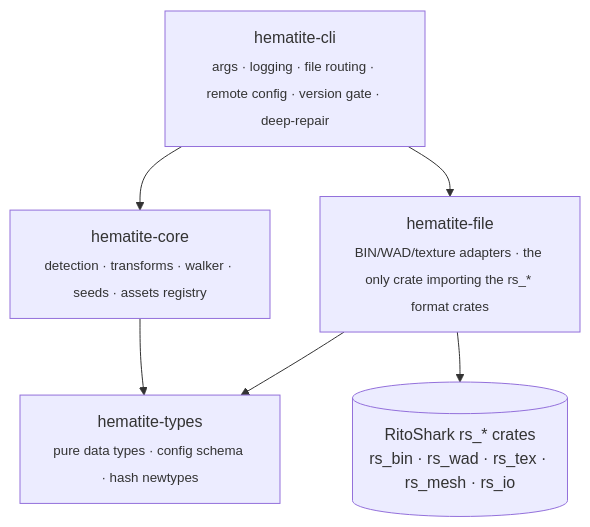
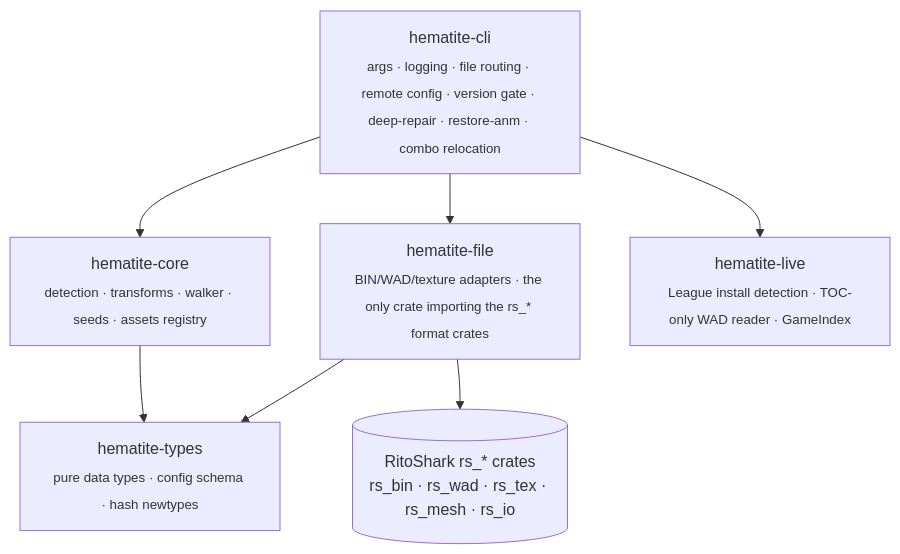
Before and after one commit to RitoShark/Hematite: the first of 2 diagrams in DEVELOPER.md, drawn with Mermaid. The commit also changed other lines of this file and 4 other files, not shown here.

````diff
--- a/DEVELOPER.md
+++ b/DEVELOPER.md
@@ -41,14 +41,16 @@
 ```mermaid
 graph TD
-    CLI[hematite-cli<br/><sub>args · logging · file routing · remote config · version gate · deep-repair</sub>]
+    CLI[hematite-cli<br/><sub>args · logging · file routing · remote config · version gate · deep-repair · restore-anm · combo relocation</sub>]
     CORE[hematite-core<br/><sub>detection · transforms · walker · seeds · assets registry</sub>]
     FILE[hematite-file<br/><sub>BIN/WAD/texture adapters · the only crate importing the rs_* format crates</sub>]
     TYPES[hematite-types<br/><sub>pure data types · config schema · hash newtypes</sub>]
+    LIVE[hematite-live<br/><sub>League install detection · TOC-only WAD reader · GameIndex</sub>]
     LEAGUE[("RitoShark rs_* crates<br/>rs_bin · rs_wad · rs_tex · rs_mesh · rs_io")]
 
     CLI --> CORE
     CLI --> FILE
+    CLI --> LIVE
     CORE --> TYPES
     FILE --> TYPES
     FILE --> LEAGUE
 ```
````
